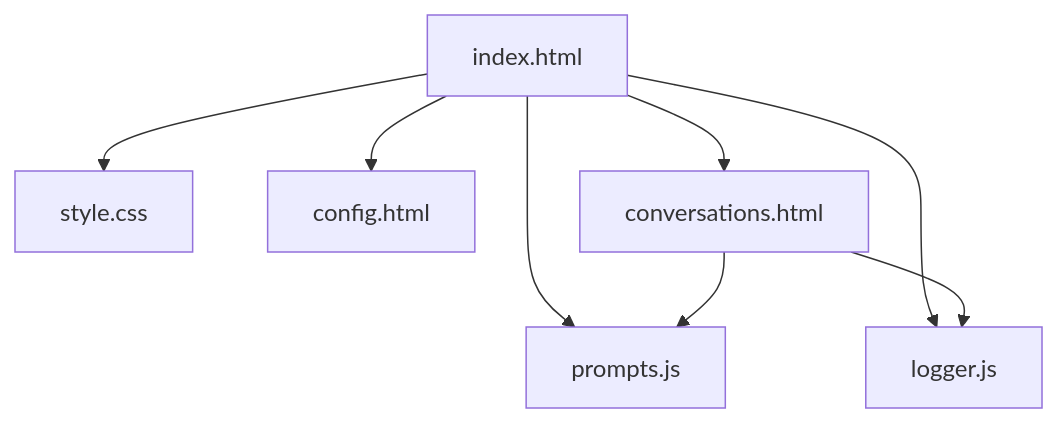
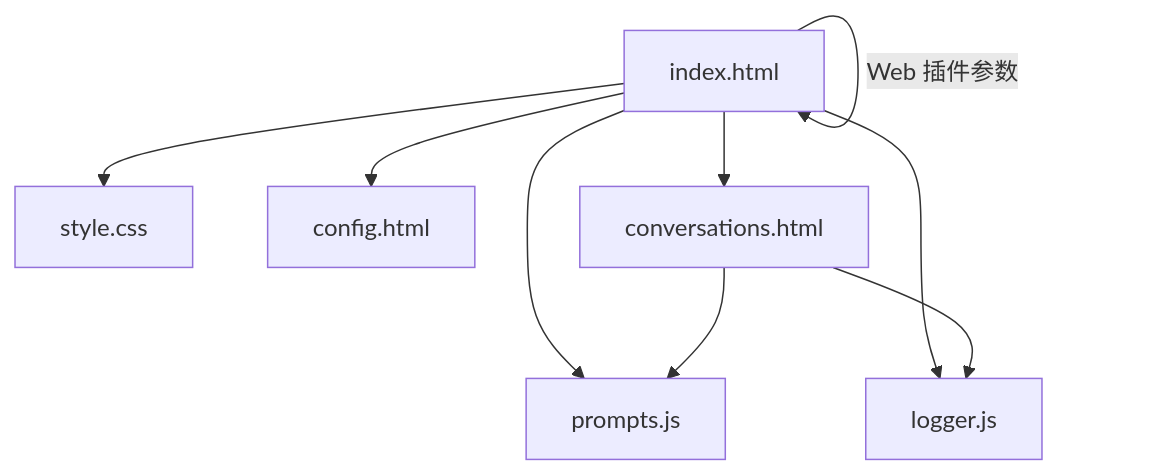
The diagram in README_zh.md (Gyrych/PhoneChat), drawn with Mermaid before and after one commit. The commit also changed other lines of this file and 4 other files, not shown here.

````diff
--- a/README_zh.md
+++ b/README_zh.md
@@ -94,10 +115,11 @@
 ```mermaid
 flowchart TB
   A[index.html] --> C[style.css]
   A --> D[config.html]
   A --> E[conversations.html]
   A --> F[prompts.js]
   A --> G[logger.js]
+  A -- Web 插件参数 --> A
   E --> F
   E --> G
 ```
````
